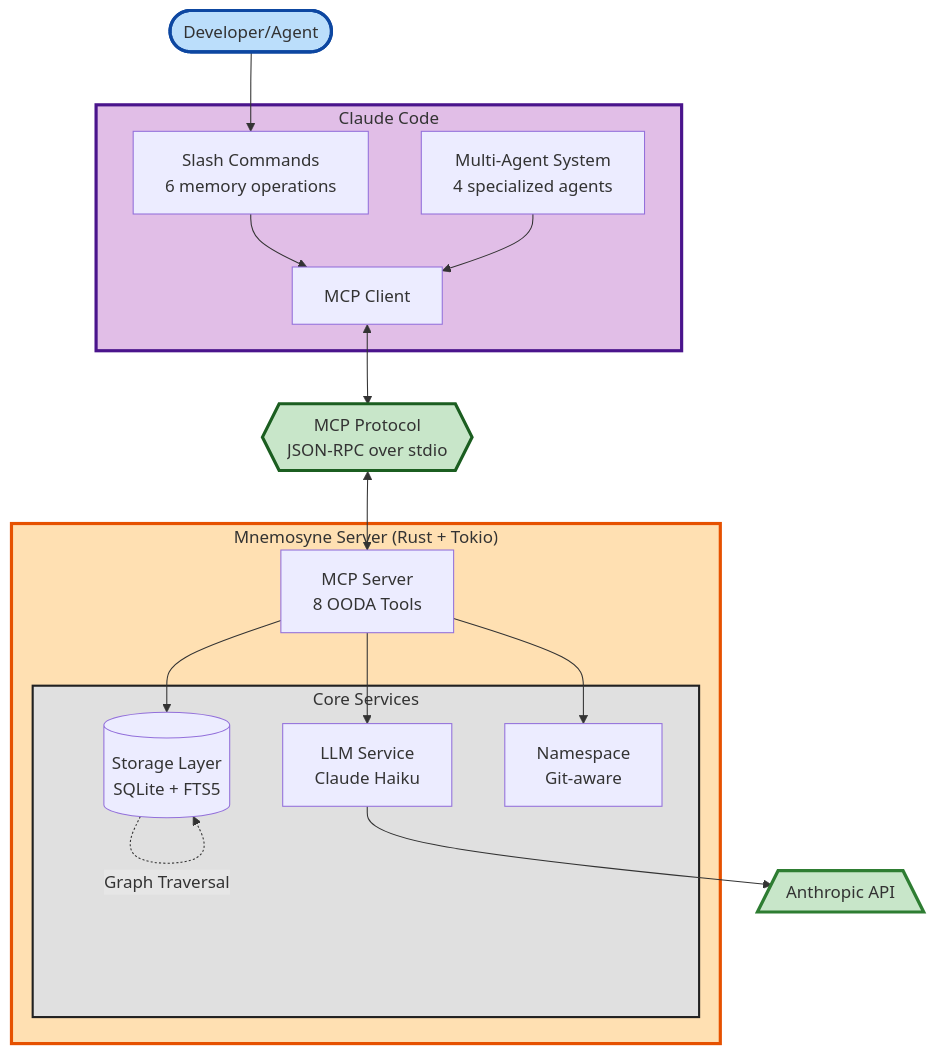
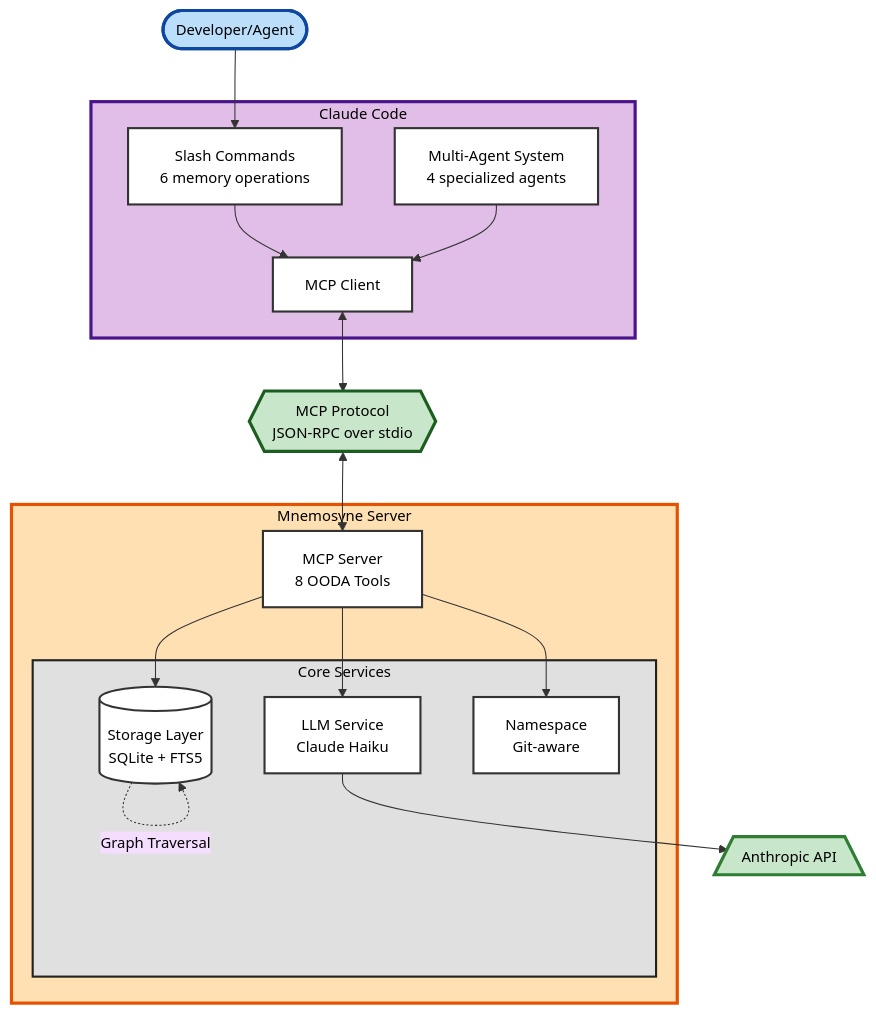
One commit to rand/mnemosyne changed the diagram in README.md. Above: the diagram before and after it, drawn with Mermaid. The commit also changed 2 other files, not shown here.

Commit message:
Fix all diagram contrast and label issues
Three critical improvements:

1. Text contrast: Force black text (#000) on all light backgrounds
   - Add Mermaid theme init with primaryTextColor:#000
   - Set color:#000 on subgraphs and individual nodes
   - All nodes use white fill with black text for consistency

2. Line contrast: Increase visibility of all connections
   - Set lineColor:#333 (dark gray) in theme
   - Set primaryBorderColor:#333 for node borders
   - 2-3px stroke widths for clear delineation

3. Label completeness: Fix cut-off text
   - Shorten 'Mnemosyne Server (Rust + Tokio)' to 'Mnemosyne Server'
   - Prevents label truncation in rendered diagrams
   - Tech stack info preserved in surrounding prose

All three files (README, ARCHITECTURE, MCP_SERVER) now have:
- WCAG AAA compliant text contrast
- High-visibility connection lines
- Complete, readable labels

````diff
--- a/README.md
+++ b/README.md
@@ -139,45 +139,54 @@
 ```mermaid
+%%{init: {'theme':'base', 'themeVariables': {'primaryTextColor':'#000', 'primaryBorderColor':'#333', 'lineColor':'#333', 'fontSize':'14px'}}}%%
 flowchart TD
     User([Developer/Agent])
 
     subgraph Claude["Claude Code"]
         UI[Slash Commands<br/>6 memory operations]
         MCP[MCP Client]
         Agents[Multi-Agent System<br/>4 specialized agents]
     end
 
     Protocol{{MCP Protocol<br/>JSON-RPC over stdio}}
 
-    subgraph Mnemosyne["Mnemosyne Server (Rust + Tokio)"]
+    subgraph Mnemosyne["Mnemosyne Server"]
         Server[MCP Server<br/>8 OODA Tools]
 
         subgraph Services["Core Services"]
             Storage[(Storage Layer<br/>SQLite + FTS5)]
             LLM[LLM Service<br/>Claude Haiku]
             NS[Namespace<br/>Git-aware]
         end
     end
 
     API[/Anthropic API\]
 
     User --> UI
     UI --> MCP
     Agents --> MCP
     MCP <--> Protocol
     Protocol <--> Server
 
     Server --> Storage
     Server --> LLM
     Server --> NS
 
     LLM --> API
     Storage -.->|FTS5 Search| Storage
     Storage -.->|Graph Traversal| Storage
 
-    style User fill:#bbdefb,stroke:#0d47a1,stroke-width:3px
-    style Claude fill:#e1bee7,stroke:#4a148c,stroke-width:3px
-    style Mnemosyne fill:#ffe0b2,stroke:#e65100,stroke-width:3px
-    style Protocol fill:#c8e6c9,stroke:#1b5e20,stroke-width:3px
-    style Services fill:#e0e0e0,stroke:#212121,stroke-width:2px
-    style API fill:#c8e6c9,stroke:#2e7d32,stroke-width:3px
+    style User fill:#bbdefb,stroke:#0d47a1,stroke-width:3px,color:#000
+    style Claude fill:#e1bee7,stroke:#4a148c,stroke-width:3px,color:#000
+    style Mnemosyne fill:#ffe0b2,stroke:#e65100,stroke-width:3px,color:#000
+    style Protocol fill:#c8e6c9,stroke:#1b5e20,stroke-width:3px,color:#000
+    style Services fill:#e0e0e0,stroke:#212121,stroke-width:2px,color:#000
+    style API fill:#c8e6c9,stroke:#2e7d32,stroke-width:3px,color:#000
+
+    style UI fill:#fff,color:#000,stroke:#333,stroke-width:2px
+    style MCP fill:#fff,color:#000,stroke:#333,stroke-width:2px
+    style Agents fill:#fff,color:#000,stroke:#333,stroke-width:2px
+    style Server fill:#fff,color:#000,stroke:#333,stroke-width:2px
+    style Storage fill:#fff,color:#000,stroke:#333,stroke-width:2px
+    style LLM fill:#fff,color:#000,stroke:#333,stroke-width:2px
+    style NS fill:#fff,color:#000,stroke:#333,stroke-width:2px
 ```
````
